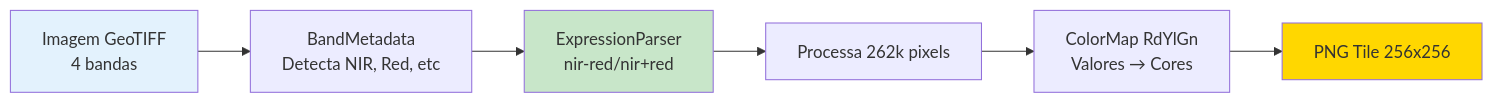
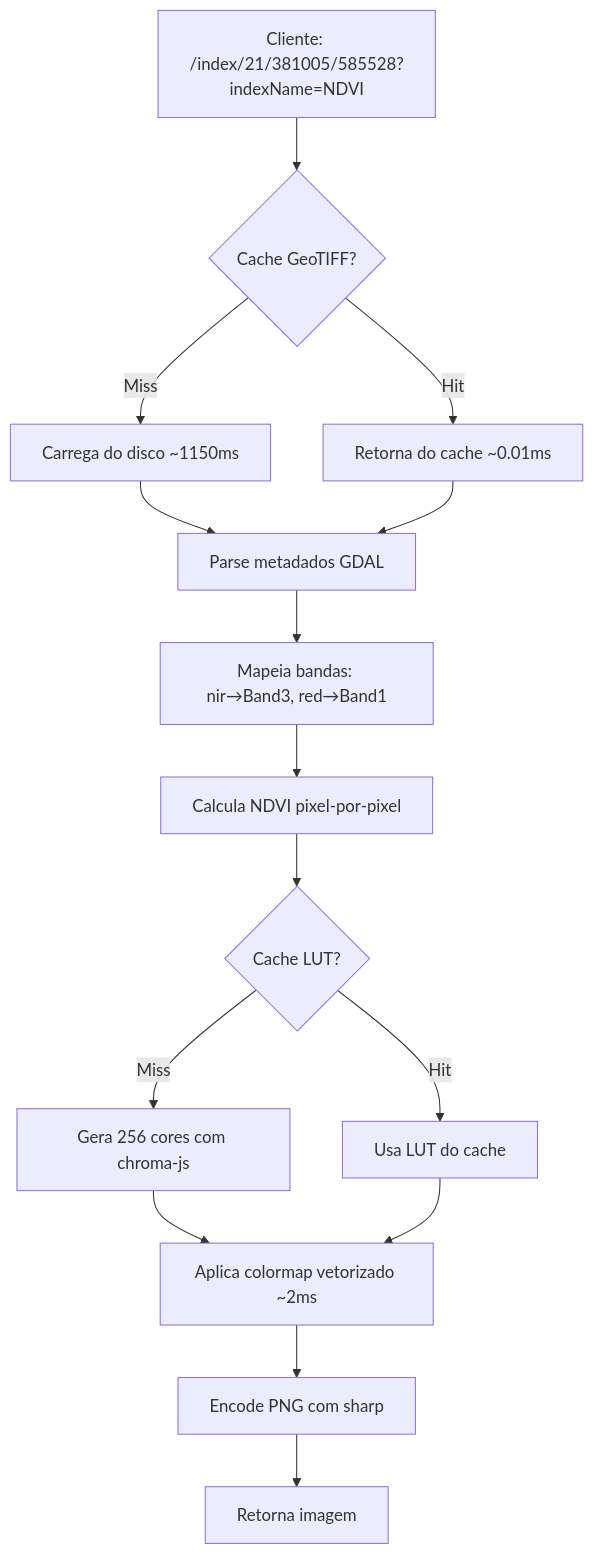
The diagram in README.md (alissonpef/Geotiff-Project), drawn with Mermaid before and after one commit. The commit also changed other lines of this file, not shown here.

````diff
--- a/README.md
+++ b/README.md
@@ -121,12 +416,17 @@
 ```mermaid
-graph LR
-    A[Imagem GeoTIFF<br/>4 bandas] --> B[BandMetadata<br/>Detecta NIR, Red, etc]
-    B --> C[ExpressionParser<br/>nir-red/nir+red]
-    C --> D[Processa 262k pixels]
-    D --> E[ColorMap RdYlGn<br/>Valores → Cores]
-    E --> F[PNG Tile 256x256]
-    
-    style A fill:#E3F2FD
-    style C fill:#C8E6C9
-    style F fill:#FFD700
+graph TB
+    A[Cliente: /index/21/381005/585528?indexName=NDVI] --> B{Cache GeoTIFF?}
+    B -->|Miss| C[Carrega do disco ~1150ms]
+    B -->|Hit| D[Retorna do cache ~0.01ms]
+    C --> E[Parse metadados GDAL]
+    D --> E
+    E --> F[Mapeia bandas: nir→Band3, red→Band1]
+    F --> G[Calcula NDVI pixel-por-pixel]
+    G --> H{Cache LUT?}
+    H -->|Miss| I[Gera 256 cores com chroma-js]
+    H -->|Hit| J[Usa LUT do cache]
+    I --> K[Aplica colormap vetorizado ~2ms]
+    J --> K
+    K --> L[Encode PNG com sharp]
+    L --> M[Retorna imagem]
 ```
````
